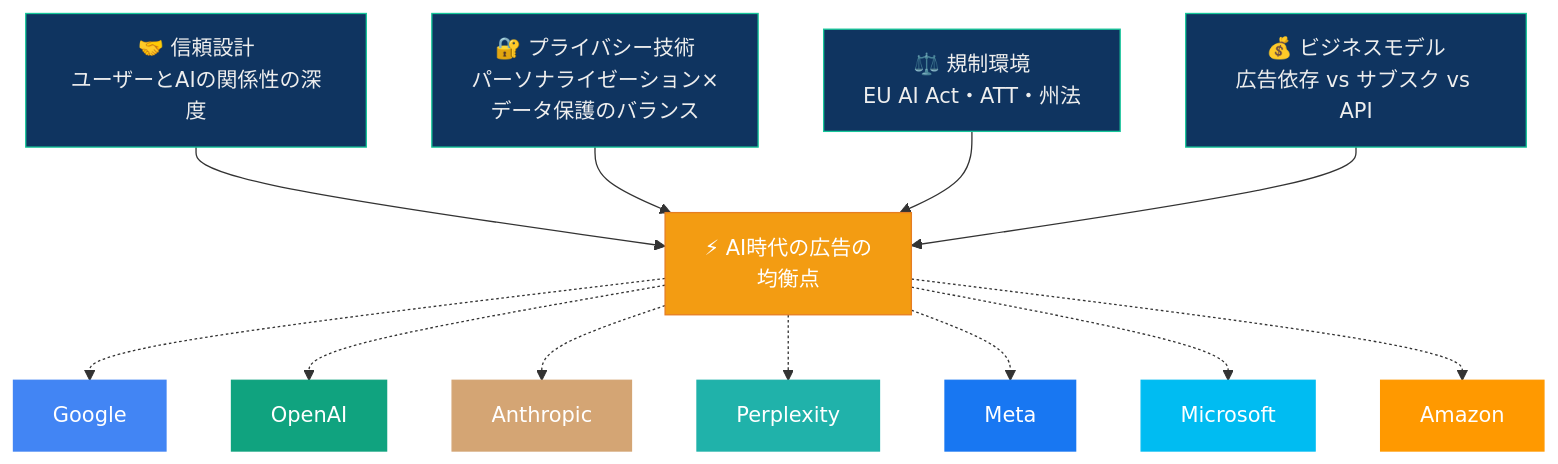
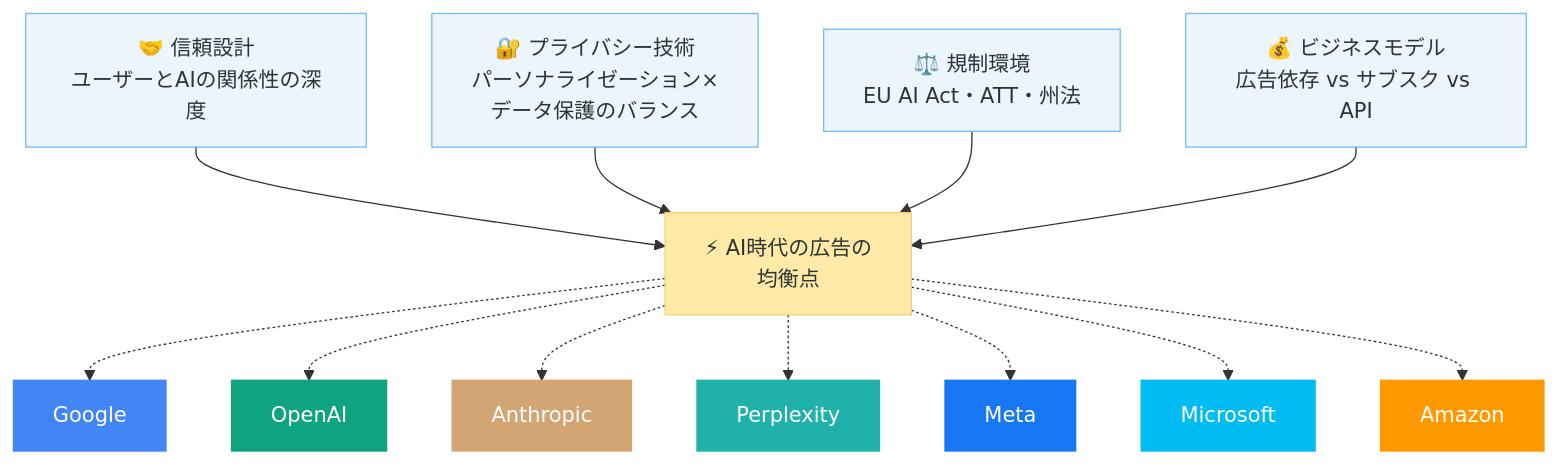
One commit to Leading-AI-IO/advertising-redesigned changed the ninth of 9 diagrams in docs/jp/advertising_redesigned_jp.md. Above: the diagram before and after it, drawn with Mermaid. The commit also changed other lines of this file, not shown here.

````diff
--- a/docs/jp/advertising_redesigned_jp.md
+++ b/docs/jp/advertising_redesigned_jp.md
@@ -1259,33 +1259,33 @@
 ```mermaid
 flowchart TB
     TRUST["🤝 信頼設計\nユーザーとAIの関係性の深度"]
     PRIVACY["🔐 プライバシー技術\nパーソナライゼーション×\nデータ保護のバランス"]
     REGULATION["⚖️ 規制環境\nEU AI Act・ATT・州法"]
     BUSINESS["💰 ビジネスモデル\n広告依存 vs サブスク vs API"]
 
     TRUST --> CENTER["⚡ AI時代の広告の\n均衡点"]
     PRIVACY --> CENTER
     REGULATION --> CENTER
     BUSINESS --> CENTER
 
     CENTER -.-> G["Google"]
     CENTER -.-> O["OpenAI"]
     CENTER -.-> AN["Anthropic"]
     CENTER -.-> P["Perplexity"]
     CENTER -.-> ME["Meta"]
     CENTER -.-> MS["Microsoft"]
     CENTER -.-> AM["Amazon"]
 
-    style CENTER fill:#f39c12,stroke:#e67e22,color:#fff
-    style TRUST fill:#0f3460,stroke:#16c79a,color:#eee
-    style PRIVACY fill:#0f3460,stroke:#16c79a,color:#eee
-    style REGULATION fill:#0f3460,stroke:#16c79a,color:#eee
-    style BUSINESS fill:#0f3460,stroke:#16c79a,color:#eee
+    style CENTER fill:#ffeaa7,stroke:#fdcb6e,color:#2d3436
+    style TRUST fill:#edf5fc,stroke:#74b9ff,color:#2d3436
+    style PRIVACY fill:#edf5fc,stroke:#74b9ff,color:#2d3436
+    style REGULATION fill:#edf5fc,stroke:#74b9ff,color:#2d3436
+    style BUSINESS fill:#edf5fc,stroke:#74b9ff,color:#2d3436
     style G fill:#4285F4,stroke:#4285F4,color:#fff
     style O fill:#10A37F,stroke:#10A37F,color:#fff
     style AN fill:#D4A574,stroke:#D4A574,color:#fff
     style P fill:#20B2AA,stroke:#20B2AA,color:#fff
     style ME fill:#1877F2,stroke:#1877F2,color:#fff
     style MS fill:#00BCF2,stroke:#00BCF2,color:#fff
     style AM fill:#FF9900,stroke:#FF9900,color:#fff
 ```
````
